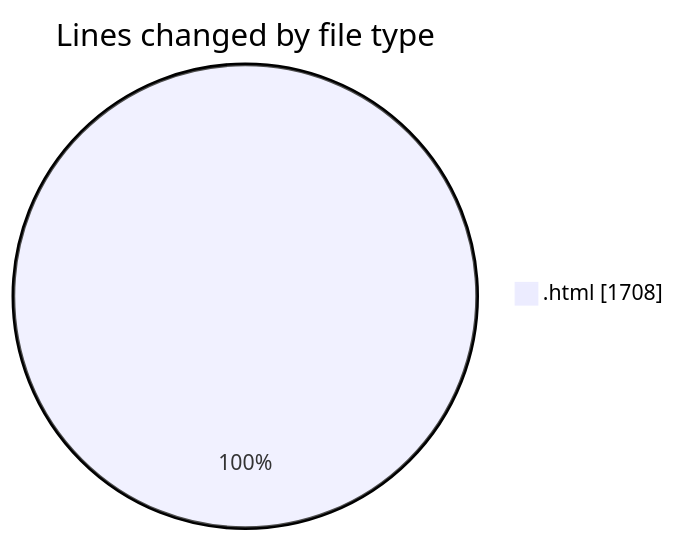
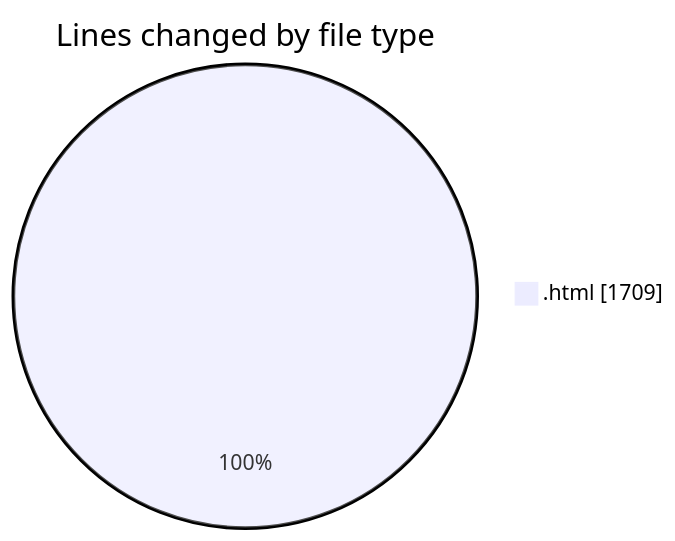
The first of 2 diagrams in 2025-08-10/nxtqube_webapp/README.md (nxtqubesakshisongat/code-tracking), drawn with Mermaid before and after one commit. The commit also changed other lines of this file and 1 other file, not shown here.

````diff
--- a/2025-08-10/nxtqube_webapp/README.md
+++ b/2025-08-10/nxtqube_webapp/README.md
@@ -21,5 +21,5 @@
 ```mermaid
 pie showData
 title Lines changed by file type
-".html" : 1708
+".html" : 1709
 ```
````
